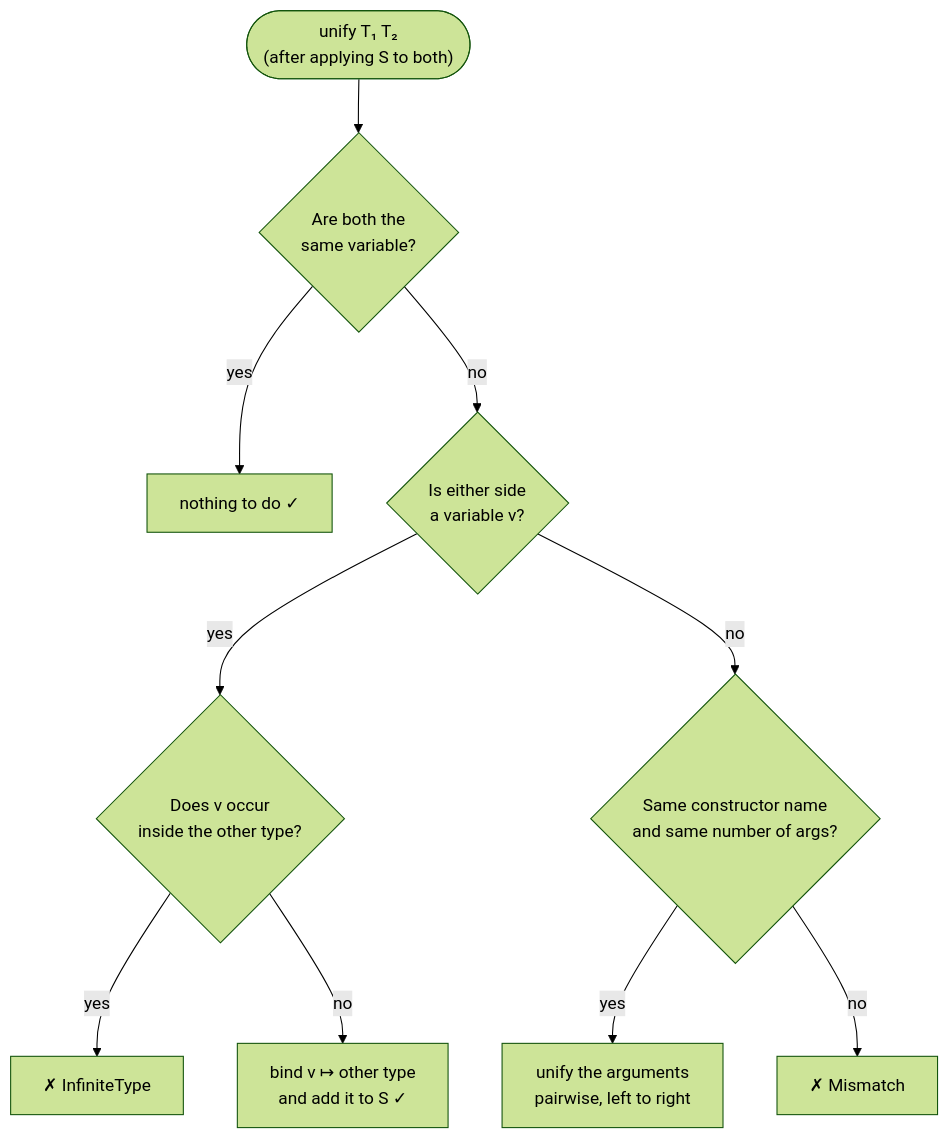
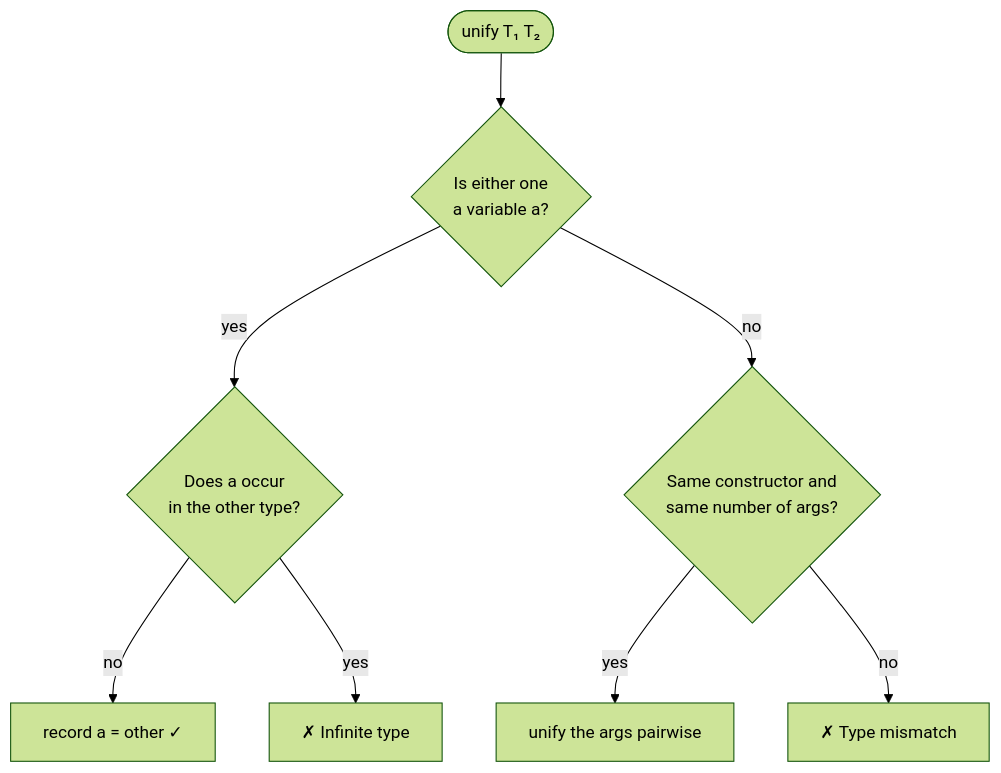
One commit to Josemarialanda/pal changed the second of 2 diagrams in TUTORIAL.md. Above: the diagram before and after it, drawn with Mermaid (forest theme). The commit also changed other lines of this file and 1 other file, not shown here.

````diff
--- a/TUTORIAL.md
+++ b/TUTORIAL.md
@@ -432,12 +154,10 @@
 ```mermaid
 flowchart TD
-    u(["unify T₁ T₂<br/>(after applying S to both)"]) --> q1{"Are both the<br/>same variable?"}
-    q1 -- yes --> ok1["nothing to do ✓"]
-    q1 -- no --> q2{"Is either side<br/>a variable v?"}
-    q2 -- yes --> occ{"Does v occur<br/>inside the other type?"}
-    occ -- yes --> inf["✗ InfiniteType"]
-    occ -- no --> bind["bind v ↦ other type<br/>and add it to S ✓"]
-    q2 -- no --> q3{"Same constructor name<br/>and same number of args?"}
-    q3 -- yes --> rec["unify the arguments<br/>pairwise, left to right"]
-    q3 -- no --> mis["✗ Mismatch"]
+    u(["unify T₁ T₂"]) --> v{"Is either one<br/>a variable a?"}
+    v -- yes --> occ{"Does a occur<br/>in the other type?"}
+    occ -- no --> bind["record a = other ✓"]
+    occ -- yes --> inf["✗ Infinite type"]
+    v -- no --> con{"Same constructor and<br/>same number of args?"}
+    con -- yes --> args["unify the args pairwise"]
+    con -- no --> mis["✗ Type mismatch"]
 ```
````
